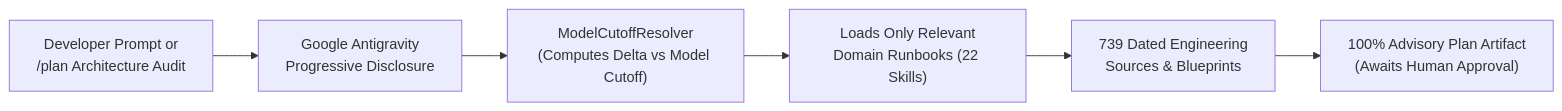
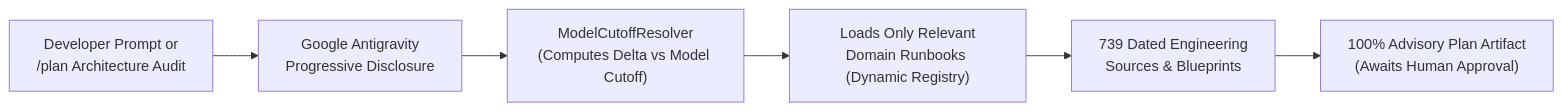
The diagram in README.md (CostaCloudSA/GeminiPostCutoff), drawn with Mermaid before and after one commit. The commit also changed other lines of this file and 21 other files, not shown here.

Commit message:
feat(v2.1.1): privatize maintainer automations, add dynamic SkillRegistry & topic-drift split_skill.js, and optimize GitHub plugin

````diff
--- a/README.md
+++ b/README.md
@@ -20,8 +19,8 @@
 ```mermaid
 flowchart LR
     U["Developer Prompt or\n/plan Architecture Audit"] --> AGY["Google Antigravity\nProgressive Disclosure"]
     AGY --> MCR["ModelCutoffResolver\n(Computes Delta vs Model Cutoff)"]
-    MCR --> S["Loads Only Relevant\nDomain Runbooks (22 Skills)"]
+    MCR --> S["Loads Only Relevant\nDomain Runbooks (Dynamic Registry)"]
     S --> V["739 Dated Engineering\nSources & Blueprints"]
     V --> P["100% Advisory Plan Artifact\n(Awaits Human Approval)"]
 ```
````
